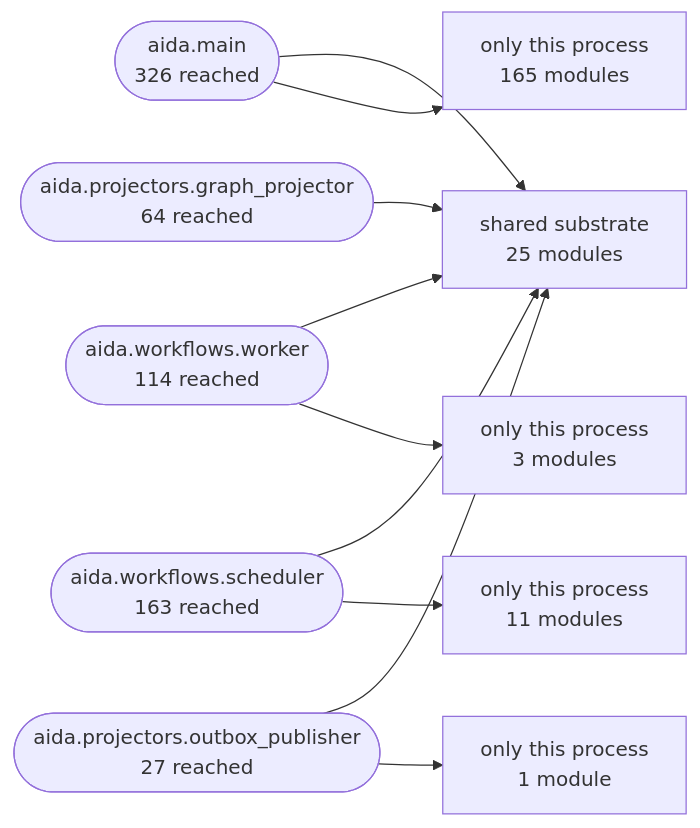
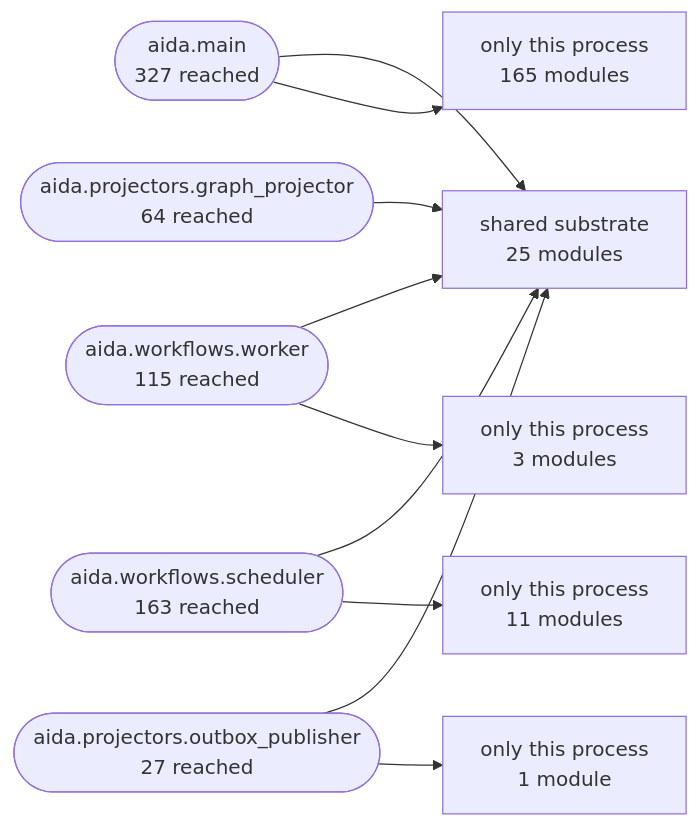
Before and after one commit to karuppusamym/AIDataAnalyst: the second of 3 diagrams in Docs/10-architecture/14-generated-architecture-map.md, drawn with Mermaid. The commit also changed other lines of this file and 12 other files, not shown here.

````diff
--- a/Docs/10-architecture/14-generated-architecture-map.md
+++ b/Docs/10-architecture/14-generated-architecture-map.md
@@ -172,22 +172,22 @@
 ```mermaid
 graph LR
   shared["shared substrate<br/>25 modules"]
-  aida_main(["aida.main<br/>326 reached"])
-  aida_workflows_worker(["aida.workflows.worker<br/>114 reached"])
+  aida_main(["aida.main<br/>327 reached"])
+  aida_workflows_worker(["aida.workflows.worker<br/>115 reached"])
   aida_workflows_scheduler(["aida.workflows.scheduler<br/>163 reached"])
   aida_projectors_graph_projector(["aida.projectors.graph_projector<br/>64 reached"])
   aida_projectors_outbox_publisher(["aida.projectors.outbox_publisher<br/>27 reached"])
   aida_main --> shared
   only_aida_main["only this process<br/>165 modules"]
   aida_main --> only_aida_main
   aida_workflows_worker --> shared
   only_aida_workflows_worker["only this process<br/>3 modules"]
   aida_workflows_worker --> only_aida_workflows_worker
   aida_workflows_scheduler --> shared
   only_aida_workflows_scheduler["only this process<br/>11 modules"]
   aida_workflows_scheduler --> only_aida_workflows_scheduler
   aida_projectors_graph_projector --> shared
   aida_projectors_outbox_publisher --> shared
   only_aida_projectors_outbox_publisher["only this process<br/>1 module"]
   aida_projectors_outbox_publisher --> only_aida_projectors_outbox_publisher
 ```
````
